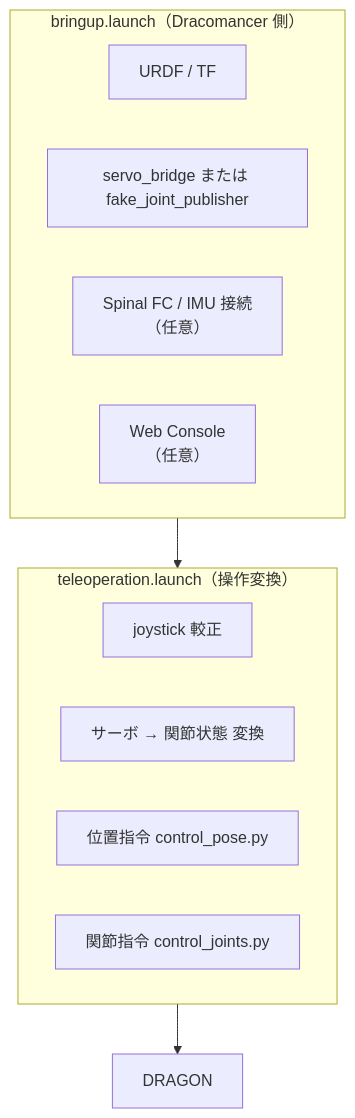
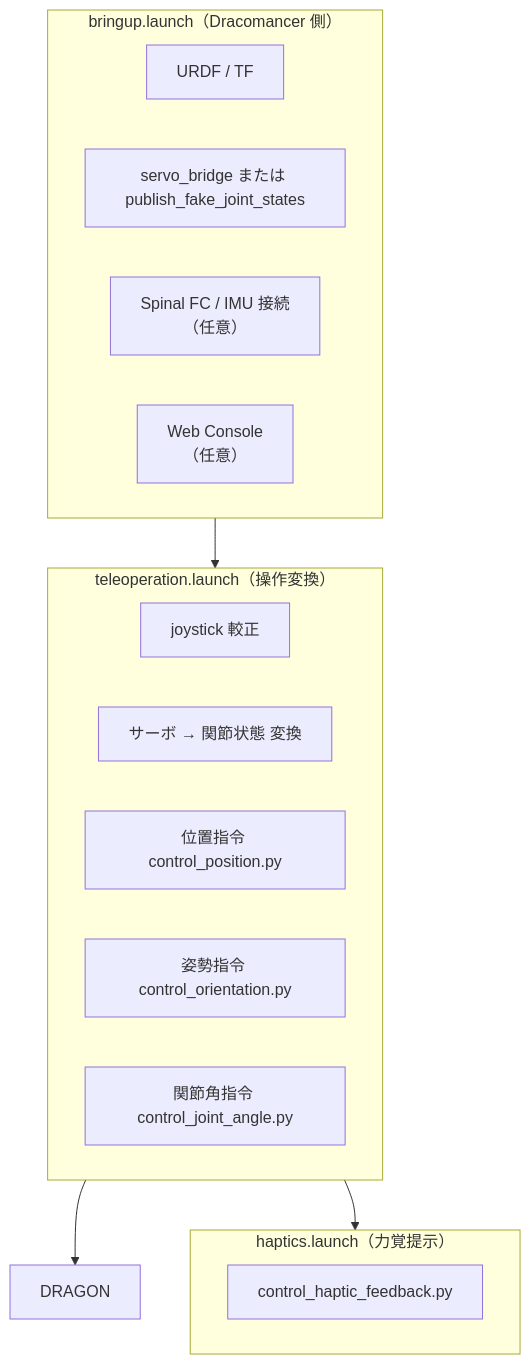
The first of 7 diagrams in robots/dracomancer/docs/dracomancer_system.md (Tomoya-Oku/jsk_aerial_robot), drawn with Mermaid before and after one commit. The commit also changed other lines of this file and 3 other files, not shown here.

````diff
--- a/robots/dracomancer/docs/dracomancer_system.md
+++ b/robots/dracomancer/docs/dracomancer_system.md
@@ -12,17 +12,22 @@
 ```mermaid
 flowchart TB
     subgraph BU["bringup.launch（Dracomancer 側）"]
         URDF["URDF / TF"]
-        SB["servo_bridge または fake_joint_publisher"]
+        SB["servo_bridge または publish_fake_joint_states"]
         FC["Spinal FC / IMU 接続<br/>（任意）"]
         WEB["Web Console<br/>（任意）"]
     end
     subgraph TO["teleoperation.launch（操作変換）"]
         CALIB["joystick 較正"]
         S2J["サーボ → 関節状態 変換"]
-        CP["位置指令 control_pose.py"]
-        CJ["関節指令 control_joints.py"]
+        CP["位置指令 control_position.py"]
+        AC["姿勢指令 control_orientation.py"]
+        CJ["関節角指令 control_joint_angle.py"]
+    end
+    subgraph HP["haptics.launch（力覚提示）"]
+        HF["control_haptic_feedback.py"]
     end
     BU --> TO
     TO --> DRAGON["DRAGON"]
+    TO --> HP
 ```
````
